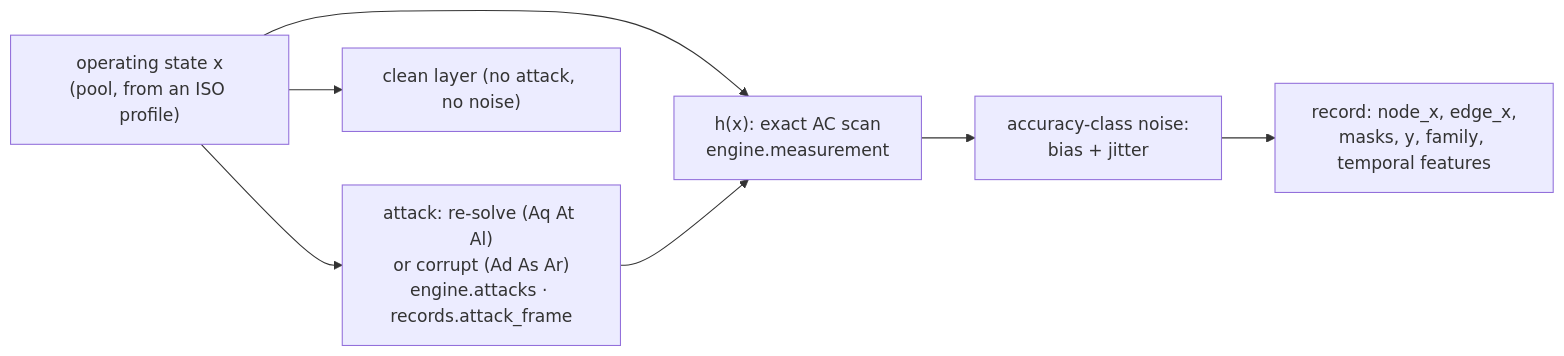
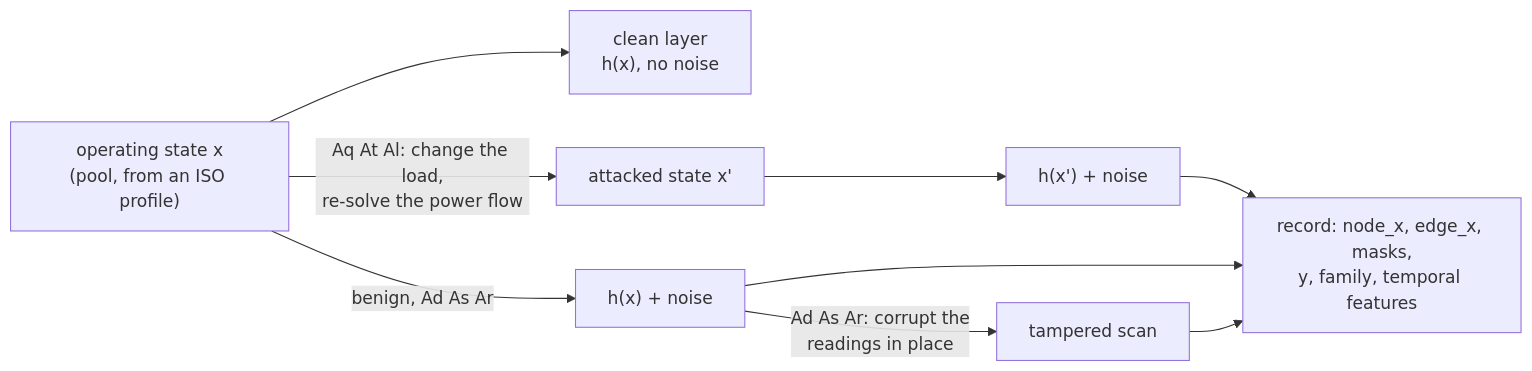
The diagram in docs/reference/CONCEPTS_TO_CODE.md (myersben9/fdia-graph), drawn with Mermaid before and after one commit. The commit also changed other lines of this file and 2 other files, not shown here.

Commit message:
Review: the diagrams show the two attack paths and the two fit paths

````diff
--- a/docs/reference/CONCEPTS_TO_CODE.md
+++ b/docs/reference/CONCEPTS_TO_CODE.md
@@ -8,9 +8,11 @@
 ```mermaid
 flowchart LR
-    X["operating state x<br/>(pool, from an ISO profile)"] --> h["h(x): exact AC scan<br/>engine.measurement"]
-    X --> atk["attack: re-solve (Aq At Al)<br/>or corrupt (Ad As Ar)<br/>engine.attacks · records.attack_frame"]
-    atk --> h
-    h --> n["accuracy-class noise:<br/>bias + jitter"]
-    n --> rec["record: node_x, edge_x,<br/>masks, y, family, temporal features"]
-    X --> cl["clean layer (no attack, no noise)"]
+    X["operating state x<br/>(pool, from an ISO profile)"] --> cl["clean layer<br/>h(x), no noise"]
+    X -- "Aq At Al: change the load,<br/>re-solve the power flow" --> X2["attacked state x'"]
+    X2 --> h1["h(x') + noise"]
+    X -- "benign, Ad As Ar" --> h2["h(x) + noise"]
+    h2 -- "Ad As Ar: corrupt the<br/>readings in place" --> c["tampered scan"]
+    h1 --> rec["record: node_x, edge_x, masks,<br/>y, family, temporal features"]
+    h2 --> rec
+    c --> rec
 ```
````
